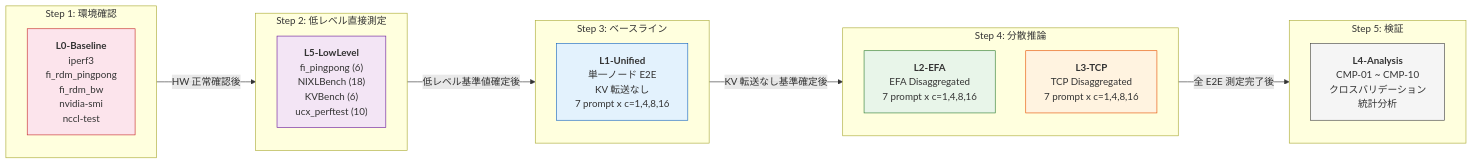
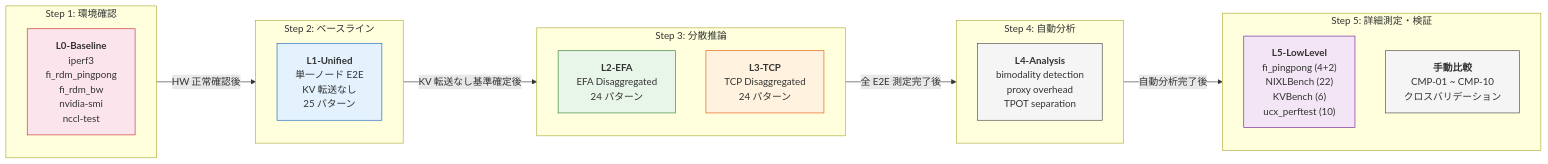
One commit to littlemex/zenn changed the seventh of 15 diagrams in articles/3dd524130320d3.md. Above: the diagram before and after it, drawn with Mermaid. The commit also changed other lines of this file, not shown here.

````diff
--- a/articles/3dd524130320d3.md
+++ b/articles/3dd524130320d3.md
@@ -318,35 +318,37 @@
 ```mermaid
 flowchart LR
     subgraph STEP1["Step 1: 環境確認"]
         L0["<b>L0-Baseline</b><br/>iperf3<br/>fi_rdm_pingpong<br/>fi_rdm_bw<br/>nvidia-smi<br/>nccl-test"]
     end
 
-    subgraph STEP2["Step 2: 低レベル直接測定"]
-        L5["<b>L5-LowLevel</b><br/>fi_pingpong (6)<br/>NIXLBench (18)<br/>KVBench (6)<br/>ucx_perftest (10)"]
+    subgraph STEP2["Step 2: ベースライン"]
+        L1["<b>L1-Unified</b><br/>単一ノード E2E<br/>KV 転送なし<br/>25 パターン"]
     end
 
-    subgraph STEP3["Step 3: ベースライン"]
-        L1["<b>L1-Unified</b><br/>単一ノード E2E<br/>KV 転送なし<br/>7 prompt x c=1,4,8,16"]
+    subgraph STEP3["Step 3: 分散推論"]
+        L2["<b>L2-EFA</b><br/>EFA Disaggregated<br/>24 パターン"]
+        L3["<b>L3-TCP</b><br/>TCP Disaggregated<br/>24 パターン"]
     end
 
-    subgraph STEP4["Step 4: 分散推論"]
-        L2["<b>L2-EFA</b><br/>EFA Disaggregated<br/>7 prompt x c=1,4,8,16"]
-        L3["<b>L3-TCP</b><br/>TCP Disaggregated<br/>7 prompt x c=1,4,8,16"]
+    subgraph STEP4["Step 4: 自動分析"]
+        L4["<b>L4-Analysis</b><br/>bimodality detection<br/>proxy overhead<br/>TPOT separation"]
     end
 
-    subgraph STEP5["Step 5: 検証"]
-        L4["<b>L4-Analysis</b><br/>CMP-01 ~ CMP-10<br/>クロスバリデーション<br/>統計分析"]
+    subgraph STEP5["Step 5: 詳細測定・検証"]
+        L5["<b>L5-LowLevel</b><br/>fi_pingpong (4+2)<br/>NIXLBench (22)<br/>KVBench (6)<br/>ucx_perftest (10)"]
+        CMP["<b>手動比較</b><br/>CMP-01 ~ CMP-10<br/>クロスバリデーション"]
     end
 
     STEP1 -->|"HW 正常確認後"| STEP2
-    STEP2 -->|"低レベル基準値確定後"| STEP3
-    STEP3 -->|"KV 転送なし基準確定後"| STEP4
-    STEP4 -->|"全 E2E 測定完了後"| STEP5
+    STEP2 -->|"KV 転送なし基準確定後"| STEP3
+    STEP3 -->|"全 E2E 測定完了後"| STEP4
+    STEP4 -->|"自動分析完了後"| STEP5
 
     style L0 fill: #fce4ec,stroke: #c62828
-    style L5 fill: #f3e5f5,stroke: #6a1b9a
     style L1 fill: #e3f2fd,stroke: #1565c0
     style L2 fill: #e8f5e9,stroke: #2e7d32
     style L3 fill: #fff3e0,stroke: #e65100
     style L4 fill: #f5f5f5,stroke: #424242
+    style L5 fill: #f3e5f5,stroke: #6a1b9a
+    style CMP fill: #f5f5f5,stroke: #424242
 ```
````
